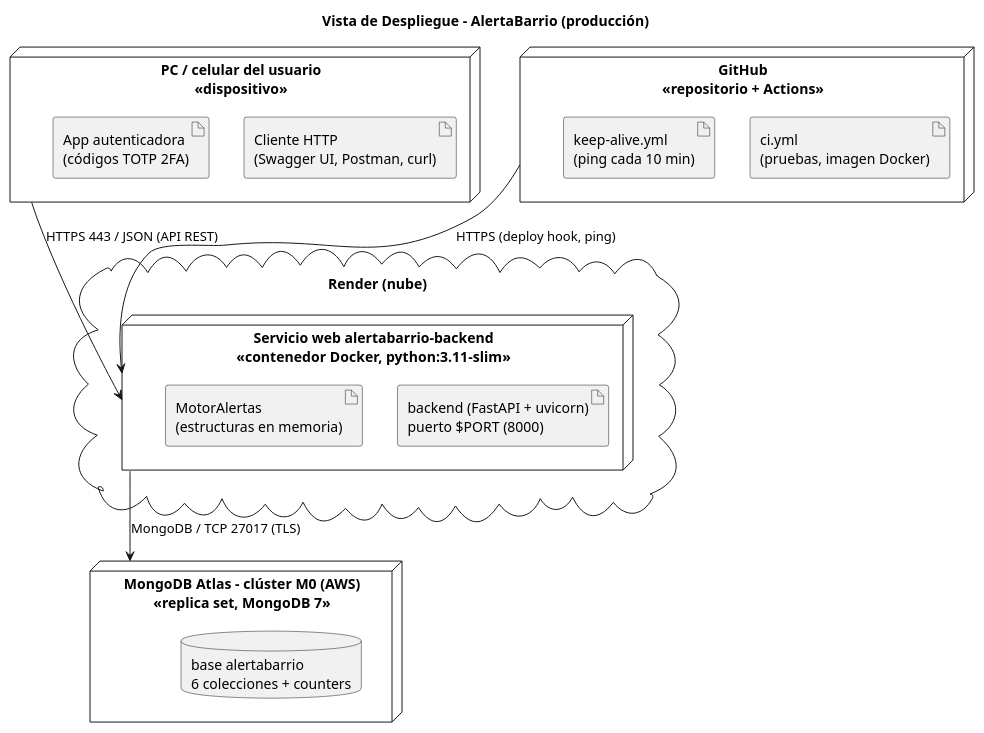
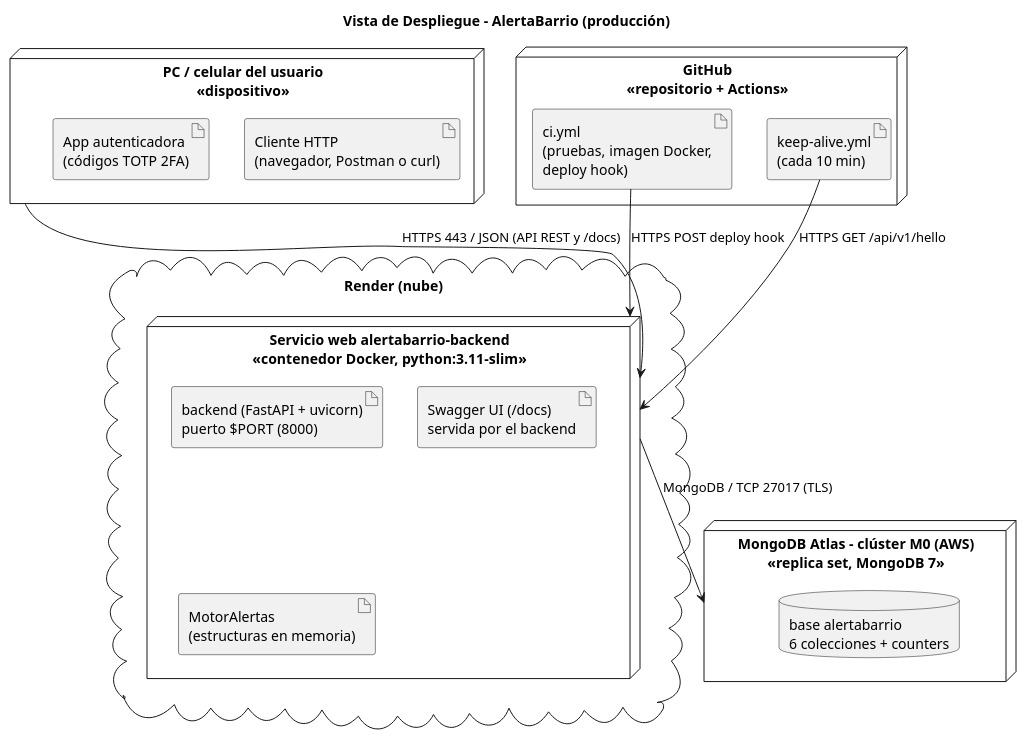
Before and after one commit to neber18/AlertaBarrio-Diseno-de-Software: the diagram in docs/diagramas/5_vista_despliegue.puml, drawn with PlantUML. The commit also changed 2 other files, not shown here.

Commit message:
docs: vista de despliegue con Swagger servido por el backend y keep-alive

```diff
--- a/docs/diagramas/5_vista_despliegue.puml
+++ b/docs/diagramas/5_vista_despliegue.puml
@@ -1,28 +1,30 @@
 @startuml Vista_Despliegue_AlertaBarrio
 title Vista de Despliegue - AlertaBarrio (producción)
 
 node "PC / celular del usuario\n<<dispositivo>>" as N1 {
-  artifact "Cliente HTTP\n(Swagger UI, Postman, curl)" as A1
+  artifact "Cliente HTTP\n(navegador, Postman o curl)" as A1
   artifact "App autenticadora\n(códigos TOTP 2FA)" as A1b
 }
 
 cloud "Render (nube)" as R {
   node "Servicio web alertabarrio-backend\n<<contenedor Docker, python:3.11-slim>>" as N3 {
     artifact "backend (FastAPI + uvicorn)\npuerto $PORT (8000)" as A3
+    artifact "Swagger UI (/docs)\nservida por el backend" as A3c
     artifact "MotorAlertas\n(estructuras en memoria)" as A3b
   }
 }
 
 node "MongoDB Atlas - clúster M0 (AWS)\n<<replica set, MongoDB 7>>" as N5 {
   database "base alertabarrio\n6 colecciones + counters" as A5
 }
 
 node "GitHub\n<<repositorio + Actions>>" as N7 {
-  artifact "ci.yml\n(pruebas, imagen Docker)" as A7
-  artifact "keep-alive.yml\n(ping cada 10 min)" as A7b
+  artifact "ci.yml\n(pruebas, imagen Docker,\ndeploy hook)" as A7
+  artifact "keep-alive.yml\n(cada 10 min)" as A7b
 }
 
-N1 --> N3 : HTTPS 443 / JSON (API REST)
+N1 --> N3 : HTTPS 443 / JSON (API REST y /docs)
 N3 --> N5 : MongoDB / TCP 27017 (TLS)
-N7 --> N3 : HTTPS (deploy hook, ping)
+A7 --> N3 : HTTPS POST deploy hook
+A7b --> N3 : HTTPS GET /api/v1/hello
 @enduml
```
